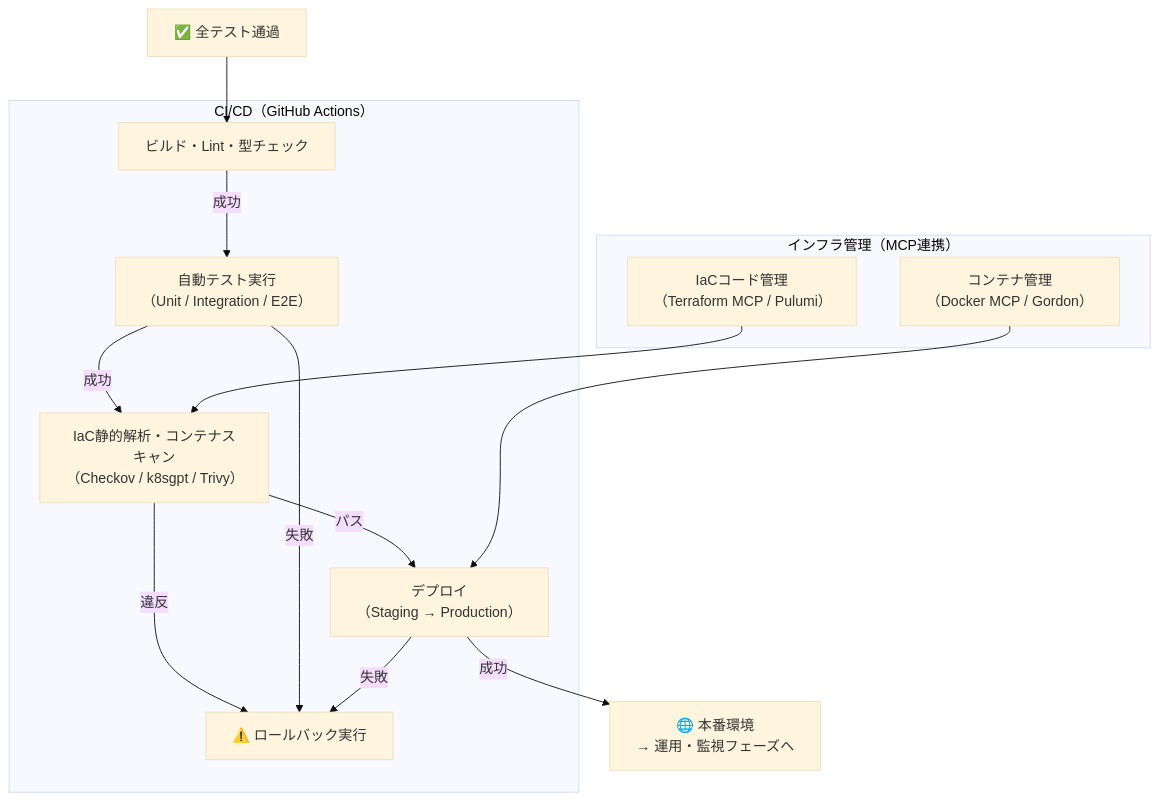
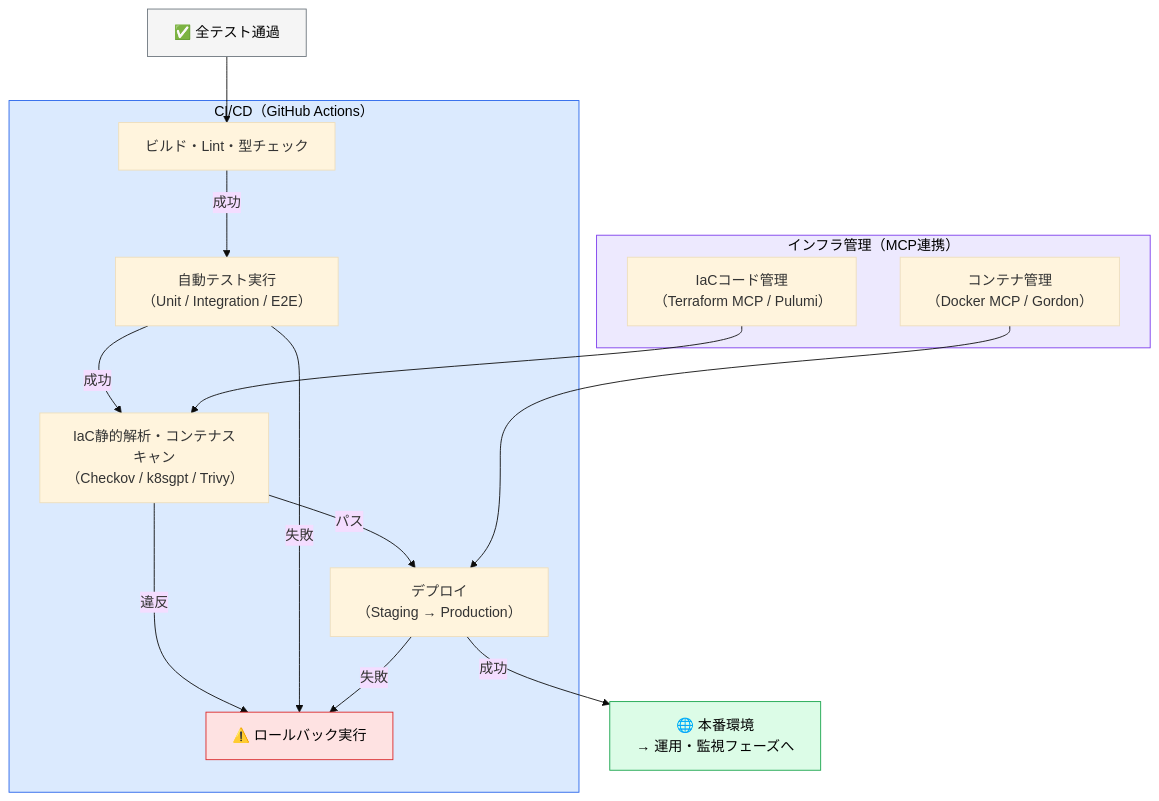
Before and after one commit to takuma39/ai: diagram 18 of 44 in AI駆動開発.md, drawn with Mermaid (base theme). The commit also changed other lines of this file, not shown here.

````diff
--- a/AI駆動開発.md
+++ b/AI駆動開発.md
@@ -669,30 +725,36 @@
 ```mermaid
 graph TD
     TestPass["✅ 全テスト通過"]
 
     subgraph cicd["CI/CD（GitHub Actions）"]
         Build["ビルド・Lint・型チェック"]
         AutoTest["自動テスト実行<br/>（Unit / Integration / E2E）"]
         InfraScan["IaC静的解析・コンテナスキャン<br/>（Checkov / k8sgpt / Trivy）"]
         Deploy["デプロイ<br/>（Staging → Production）"]
         Rollback["⚠️ ロールバック実行"]
     end
 
     subgraph infra["インフラ管理（MCP連携）"]
         IaC["IaCコード管理<br/>（Terraform MCP / Pulumi）"]
         Container["コンテナ管理<br/>（Docker MCP / Gordon）"]
     end
 
     Prod["🌐 本番環境<br/>→ 運用・監視フェーズへ"]
 
     TestPass --> Build
     Build -->|"成功"| AutoTest
     AutoTest -->|"成功"| InfraScan
     IaC --> InfraScan
     InfraScan -->|"パス"| Deploy
     InfraScan -->|"違反"| Rollback
     AutoTest -->|"失敗"| Rollback
     Container --> Deploy
     Deploy -->|"成功"| Prod
     Deploy -->|"失敗"| Rollback
+
+    style TestPass fill:#f5f5f5,stroke:#6c757d,color:#000
+    style cicd fill:#dbeafe,stroke:#2563eb,color:#000
+    style infra fill:#ede9fe,stroke:#7c3aed,color:#000
+    style Prod fill:#dcfce7,stroke:#16a34a,color:#000
+    style Rollback fill:#fee2e2,stroke:#dc2626,color:#000
 ```
````
